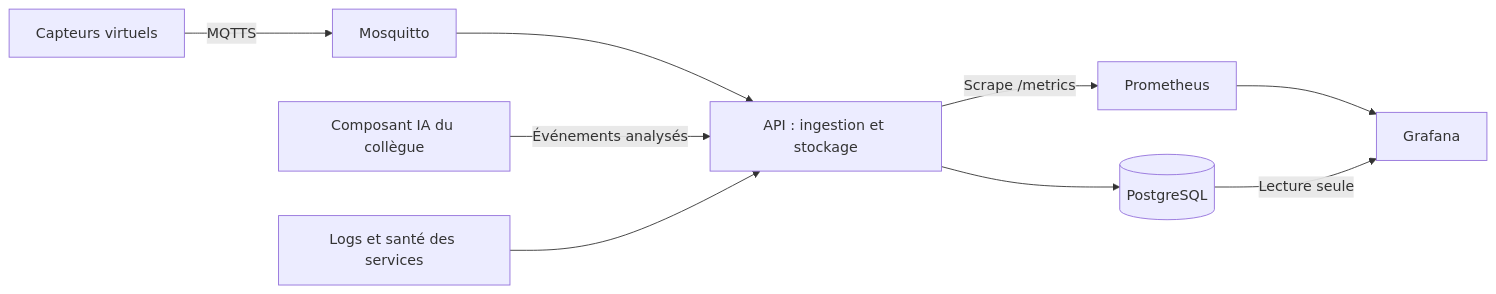
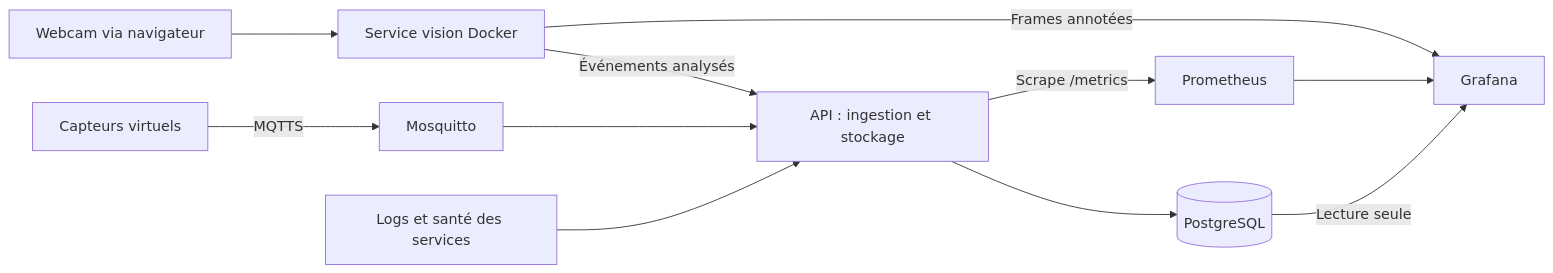
Before and after one commit to AdamSawi/Sentinel-X: the diagram in README.md, drawn with Mermaid. The commit also changed other lines of this file and 13 other files, not shown here.

````diff
--- a/README.md
+++ b/README.md
@@ -26,11 +27,13 @@
 ```mermaid
 flowchart LR
     Sim[Capteurs virtuels] -->|MQTTS| MQTT[Mosquitto]
     MQTT --> Backend[API : ingestion et stockage]
-    Video[Composant IA du collègue] -->|Événements analysés| Backend
+    Camera[Webcam via navigateur] --> Vision[Service vision Docker]
+    Vision -->|Événements analysés| Backend
+    Vision -->|Frames annotées| Grafana
     Backend --> DB[(PostgreSQL)]
     Infra[Logs et santé des services] --> Backend
     Backend -->|Scrape /metrics| Prom[Prometheus]
     Prom --> Grafana[Grafana]
     DB -->|Lecture seule| Grafana
 ```
````
